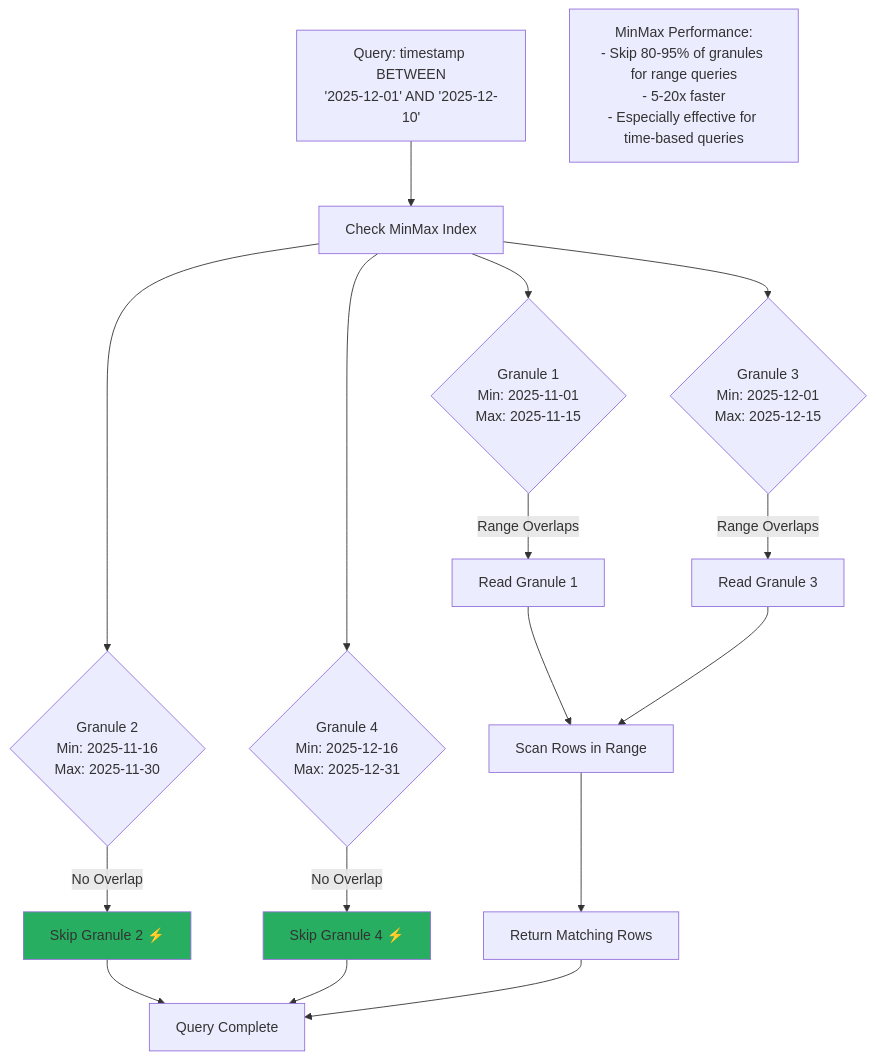
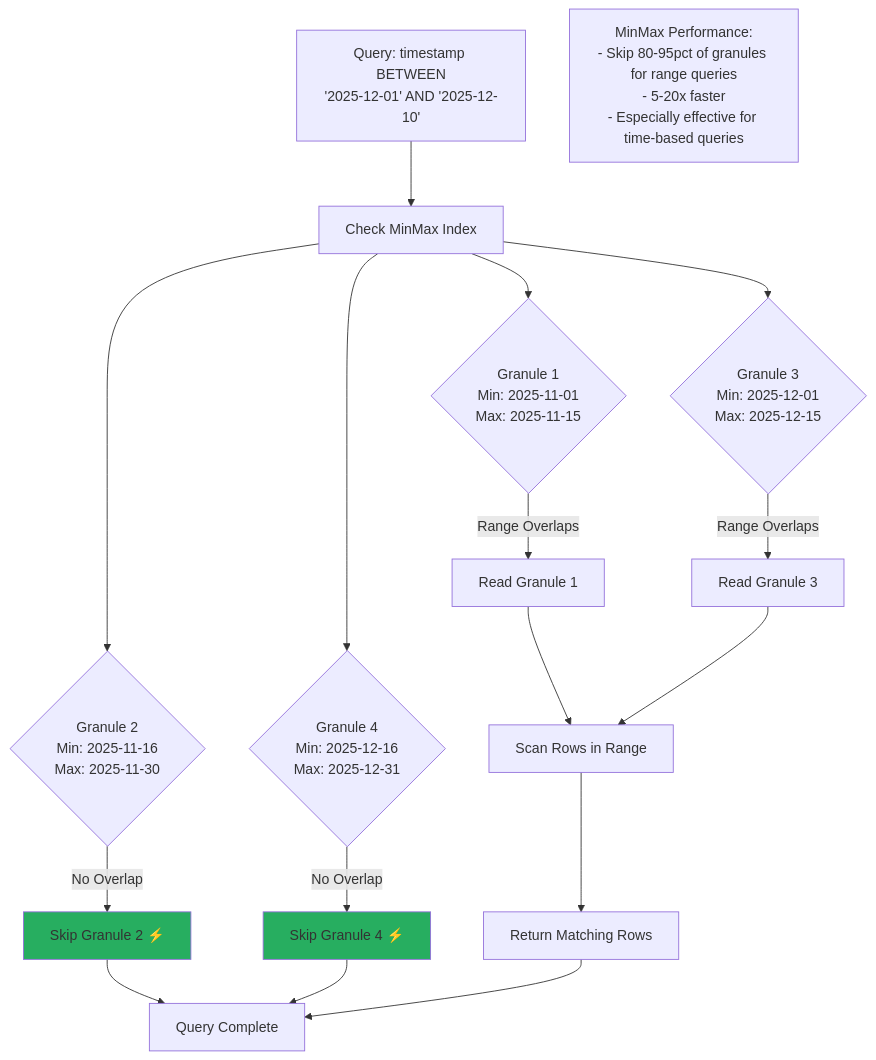
Before and after one commit to telemetryflow/telemetryflow-overview: diagram 21 of 54 in architecture/05-PERFORMANCE.md, drawn with Mermaid. The commit also changed other lines of this file and 68 other files, not shown here.

````diff
--- a/architecture/05-PERFORMANCE.md
+++ b/architecture/05-PERFORMANCE.md
@@ -836,30 +842,30 @@
 ```mermaid
 flowchart TD
     A[Query: timestamp BETWEEN<br/>'2025-12-01' AND '2025-12-10'] --> B[Check MinMax Index]
 
     B --> C{Granule 1<br/>Min: 2025-11-01<br/>Max: 2025-11-15}
     C -->|Range Overlaps| D[Read Granule 1]
 
     B --> E{Granule 2<br/>Min: 2025-11-16<br/>Max: 2025-11-30}
     E -->|No Overlap| F[Skip Granule 2 ⚡]
 
     B --> G{Granule 3<br/>Min: 2025-12-01<br/>Max: 2025-12-15}
     G -->|Range Overlaps| H[Read Granule 3]
 
     B --> I{Granule 4<br/>Min: 2025-12-16<br/>Max: 2025-12-31}
     I -->|No Overlap| J[Skip Granule 4 ⚡]
 
     D --> K[Scan Rows in Range]
     H --> K
 
     K --> L[Return Matching Rows]
 
     F --> M[Query Complete]
     J --> M
     L --> M
 
     style F fill:#27ae60
     style J fill:#27ae60
 
-    Note[MinMax Performance:<br/>- Skip 80-95% of granules for range queries<br/>- 5-20x faster<br/>- Especially effective for time-based queries]
+    Note[MinMax Performance:<br/>- Skip 80-95pct of granules for range queries<br/>- 5-20x faster<br/>- Especially effective for time-based queries]
 ```
````
